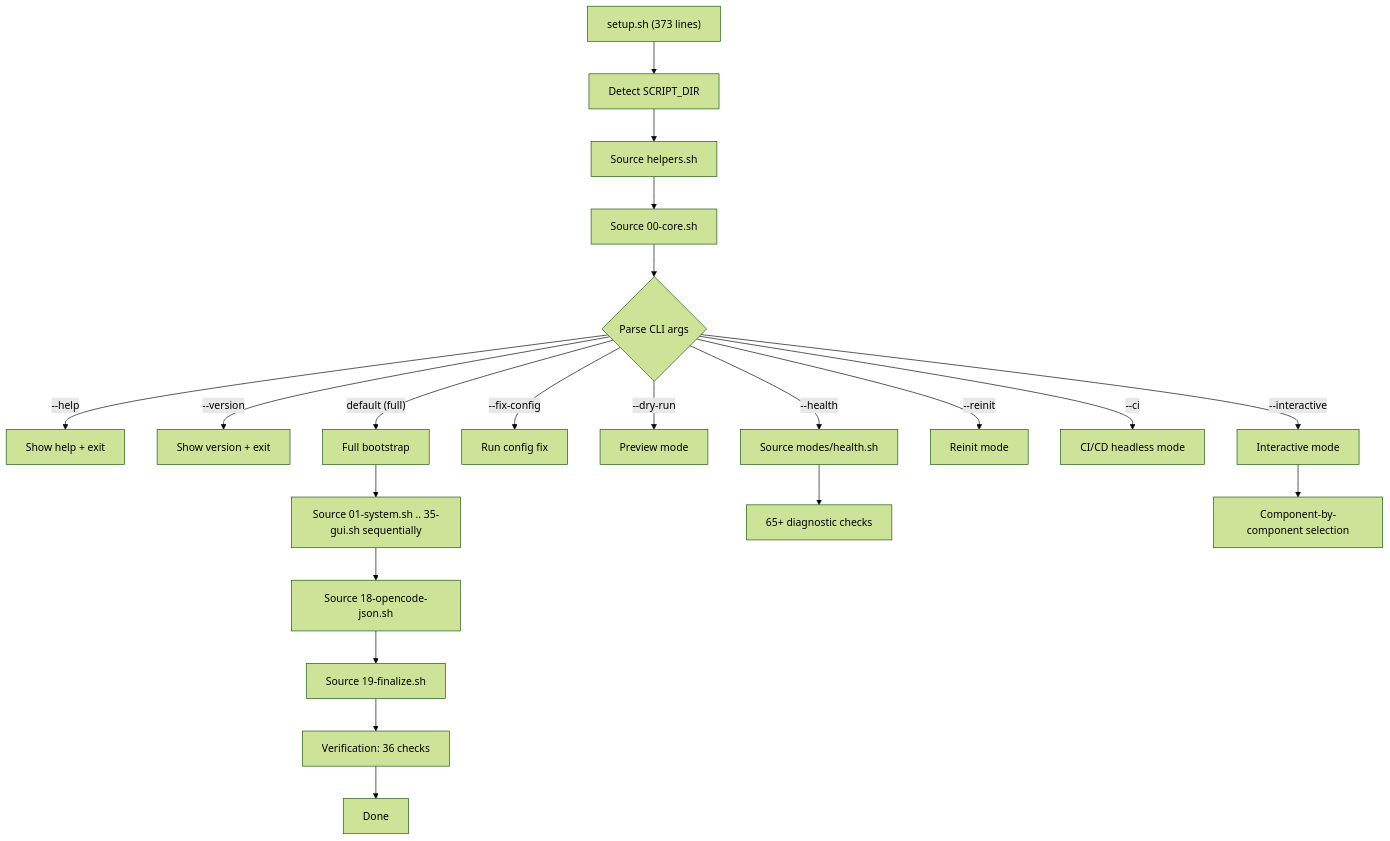
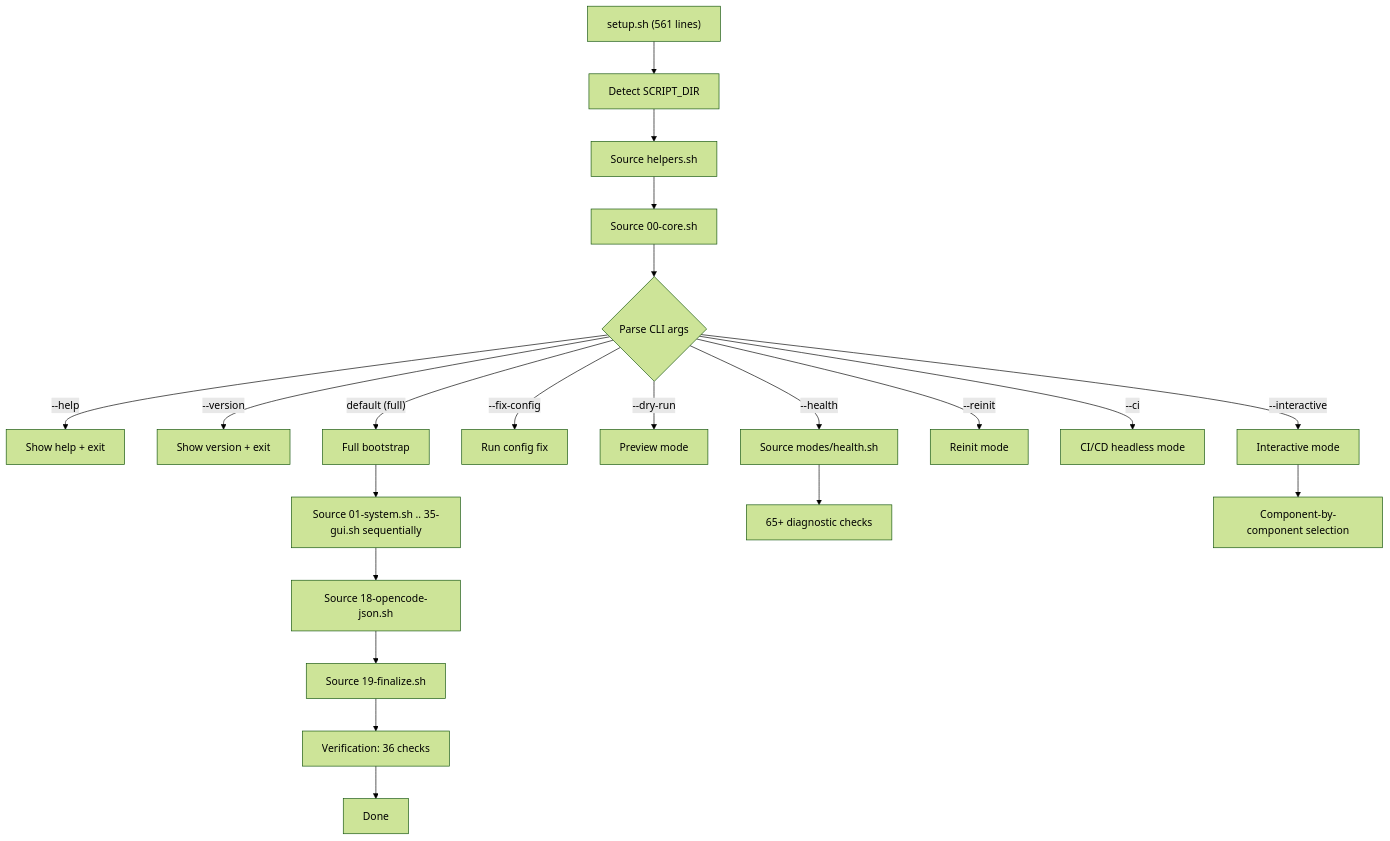
One commit to AlexanderNarbaev/opencode_initializer changed the fourth of 5 diagrams in docs/architecture/index.en.md. Above: the diagram before and after it, drawn with Mermaid (forest theme). The commit also changed other lines of this file and 20 other files, not shown here.

````diff
--- a/docs/architecture/index.en.md
+++ b/docs/architecture/index.en.md
@@ -121,25 +121,25 @@
 ```mermaid
 flowchart TD
-    A["setup.sh (373 lines)"] --> B["Detect SCRIPT_DIR"]
+    A["setup.sh (561 lines)"] --> B["Detect SCRIPT_DIR"]
     B --> C["Source helpers.sh"]
     C --> D["Source 00-core.sh"]
     D --> E{"Parse CLI args"}
     E -->|"--help"| F["Show help + exit"]
     E -->|"--version"| G["Show version + exit"]
     E -->|"--health"| H["Source modes/health.sh"]
     E -->|"--fix-config"| I["Run config fix"]
     E -->|"--dry-run"| J["Preview mode"]
     E -->|"--interactive"| K["Interactive mode"]
     E -->|"--reinit"| L["Reinit mode"]
     E -->|"--ci"| CI["CI/CD headless mode"]
     E -->|"default (full)"| M["Full bootstrap"]
 
     M -->     N["Source 01-system.sh .. 35-gui.sh sequentially"]
     N --> O["Source 18-opencode-json.sh"]
     O --> P["Source 19-finalize.sh"]
     P --> Q["Verification: 36 checks"]
     Q --> R["Done"]
 
     H --> S["65+ diagnostic checks"]
     K --> T["Component-by-component selection"]
 ```
````
